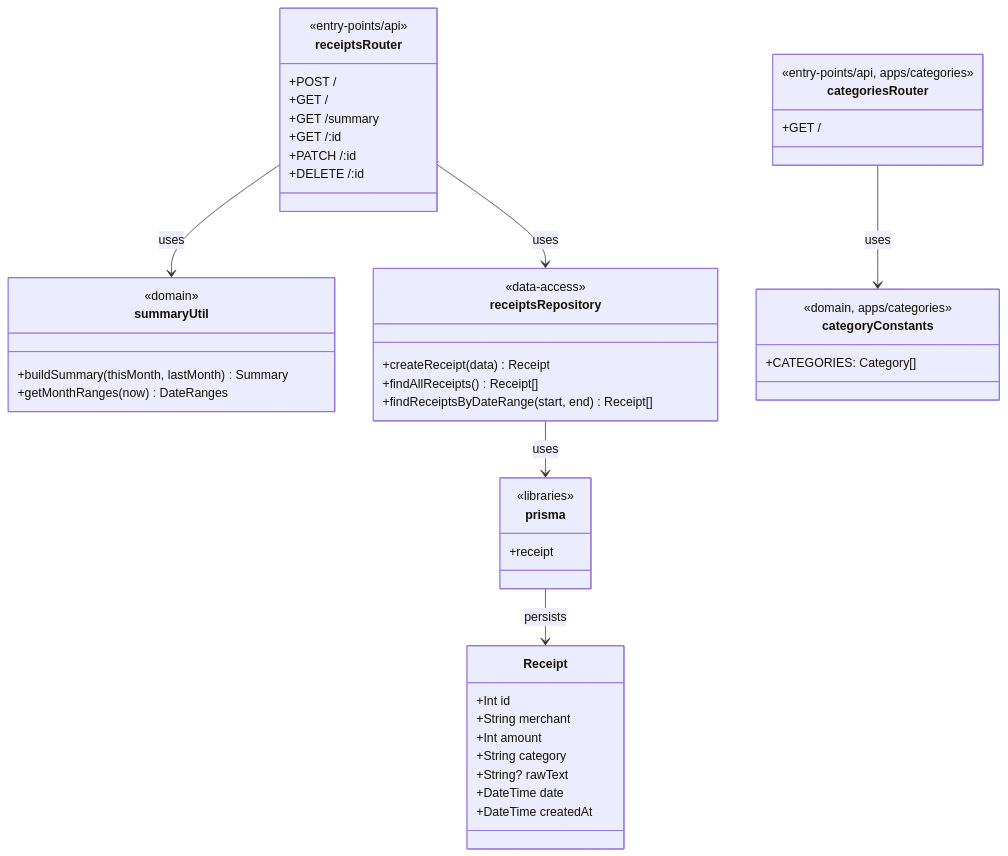
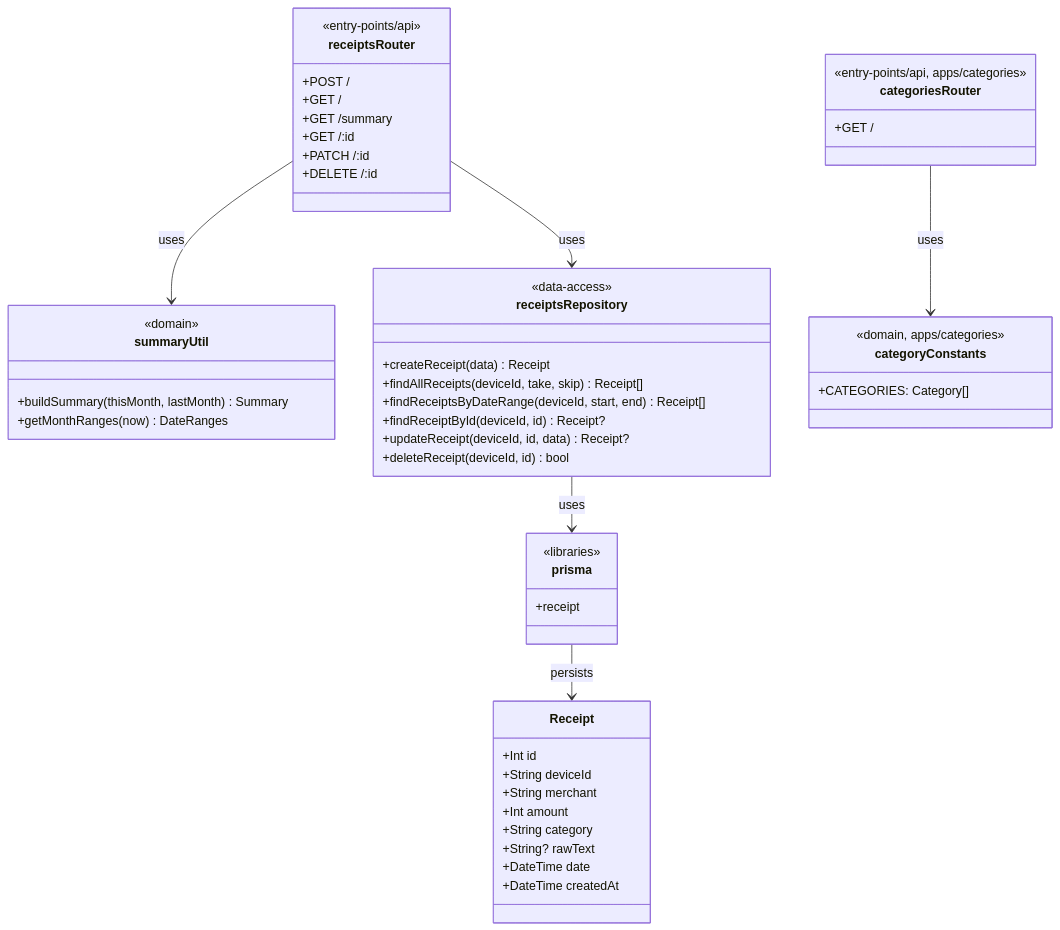
The first of 7 diagrams in docs/architecture.md (silverj0805/receipt-scanner-server), drawn with Mermaid before and after one commit. The commit also changed other lines of this file and 8 other files, not shown here.

````diff
--- a/docs/architecture.md
+++ b/docs/architecture.md
@@ -9,56 +9,60 @@
 ```mermaid
 classDiagram
     class receiptsRouter {
         <<entry-points/api>>
         +POST /
         +GET /
         +GET /summary
         +GET /:id
         +PATCH /:id
         +DELETE /:id
     }
 
     class summaryUtil {
         <<domain>>
         +buildSummary(thisMonth, lastMonth) Summary
         +getMonthRanges(now) DateRanges
     }
 
     class receiptsRepository {
         <<data-access>>
         +createReceipt(data) Receipt
-        +findAllReceipts() Receipt[]
-        +findReceiptsByDateRange(start, end) Receipt[]
+        +findAllReceipts(deviceId, take, skip) Receipt[]
+        +findReceiptsByDateRange(deviceId, start, end) Receipt[]
+        +findReceiptById(deviceId, id) Receipt?
+        +updateReceipt(deviceId, id, data) Receipt?
+        +deleteReceipt(deviceId, id) bool
     }
 
     class prisma {
         <<libraries>>
         +receipt
     }
 
     class Receipt {
         +Int id
+        +String deviceId
         +String merchant
         +Int amount
         +String category
         +String? rawText
         +DateTime date
         +DateTime createdAt
     }
 
     class categoriesRouter {
         <<entry-points/api, apps/categories>>
         +GET /
     }
 
     class categoryConstants {
         <<domain, apps/categories>>
         +CATEGORIES: Category[]
     }
 
     receiptsRouter --> summaryUtil : uses
     receiptsRouter --> receiptsRepository : uses
     receiptsRepository --> prisma : uses
     prisma --> Receipt : persists
     categoriesRouter --> categoryConstants : uses
 ```
````
